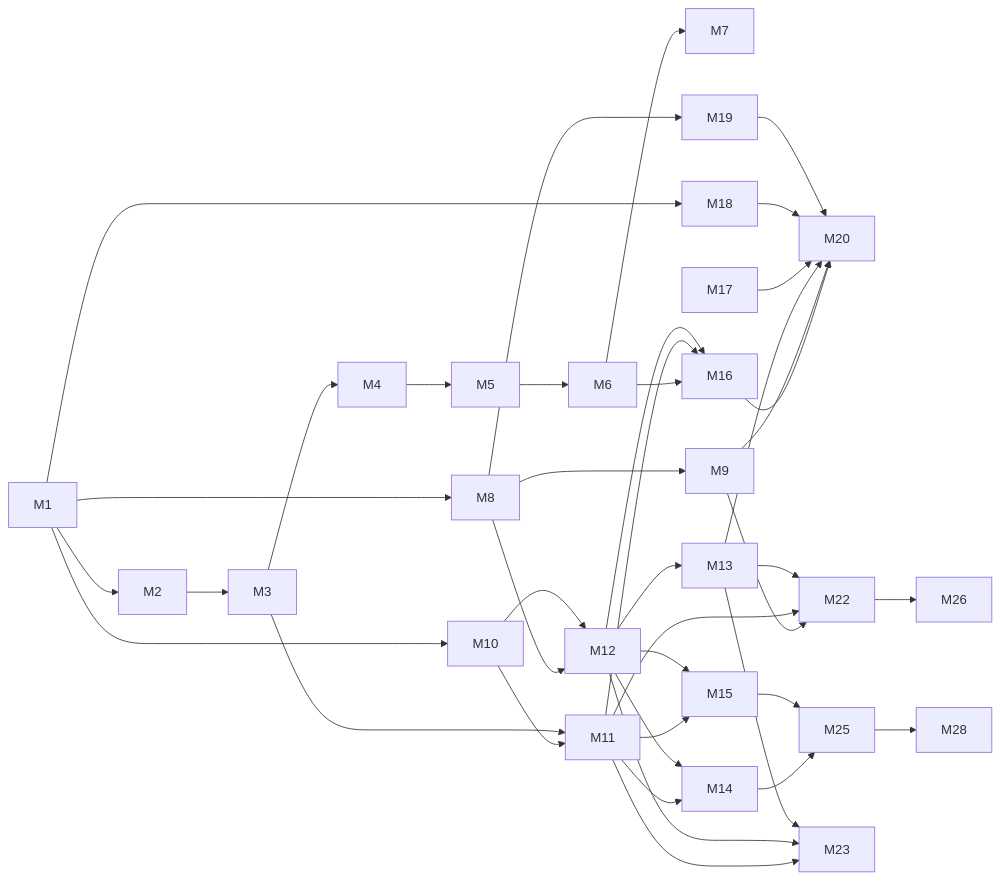
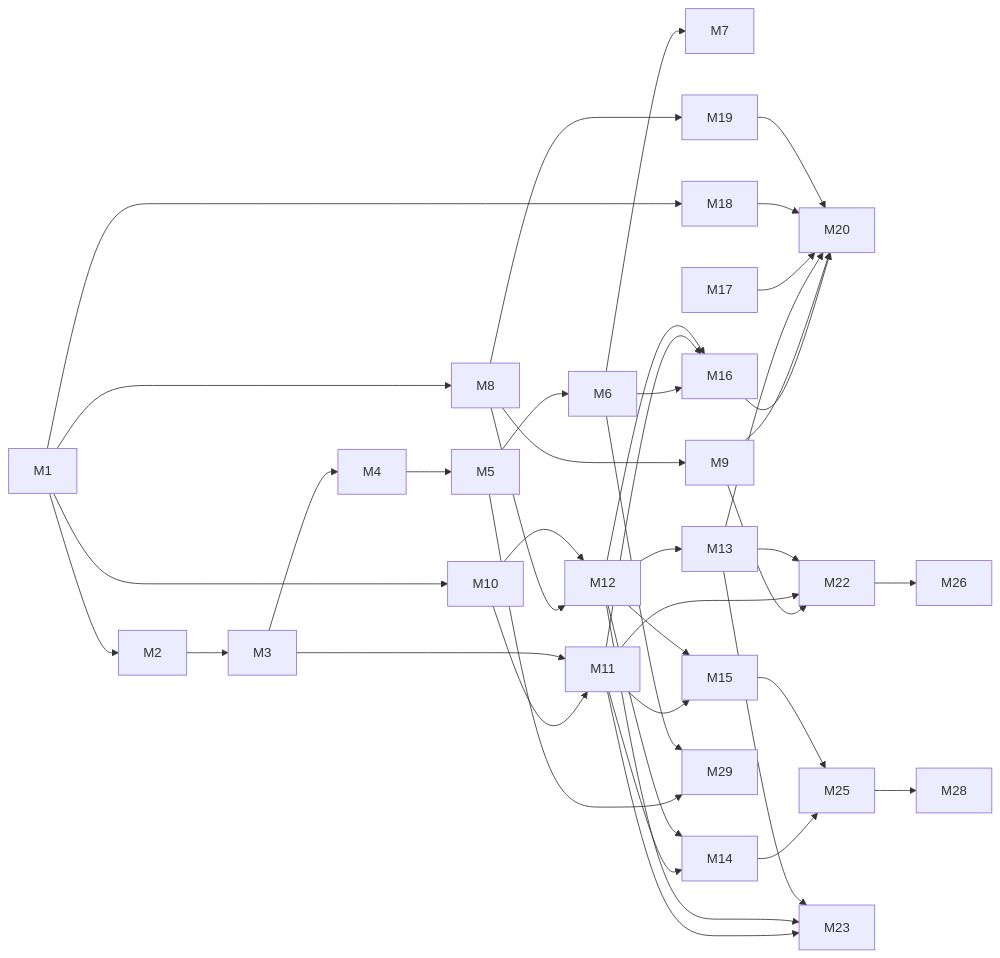
The second of 2 diagrams in docs/product-requirements.md (PavelArs/capital-tracker), drawn with Mermaid before and after one commit. The commit also changed other lines of this file and 69 other files, not shown here.

````diff
--- a/docs/product-requirements.md
+++ b/docs/product-requirements.md
@@ -852,35 +861,37 @@
 ```mermaid
 flowchart LR
   M1 --> M2 --> M3 --> M4 --> M5 --> M6 --> M7
   M1 --> M8 --> M9
   M1 --> M10 --> M11
   M3 --> M11
   M8 --> M12
   M10 --> M12 --> M13
   M11 --> M14
   M12 --> M14
   M11 --> M15
   M12 --> M15
   M6 --> M16
   M11 --> M16
   M12 --> M16
   M1 --> M18
   M8 --> M19
   M17
   M16 --> M20
   M9 --> M20
   M13 --> M20
   M17 --> M20
   M18 --> M20
   M19 --> M20
   M9 --> M22
   M11 --> M22
   M13 --> M22
   M22 --> M26
   M14 --> M25
   M15 --> M25
   M11 --> M23
   M12 --> M23
   M13 --> M23
   M25 --> M28
+  M5 --> M29
+  M6 --> M29
 ```
````
